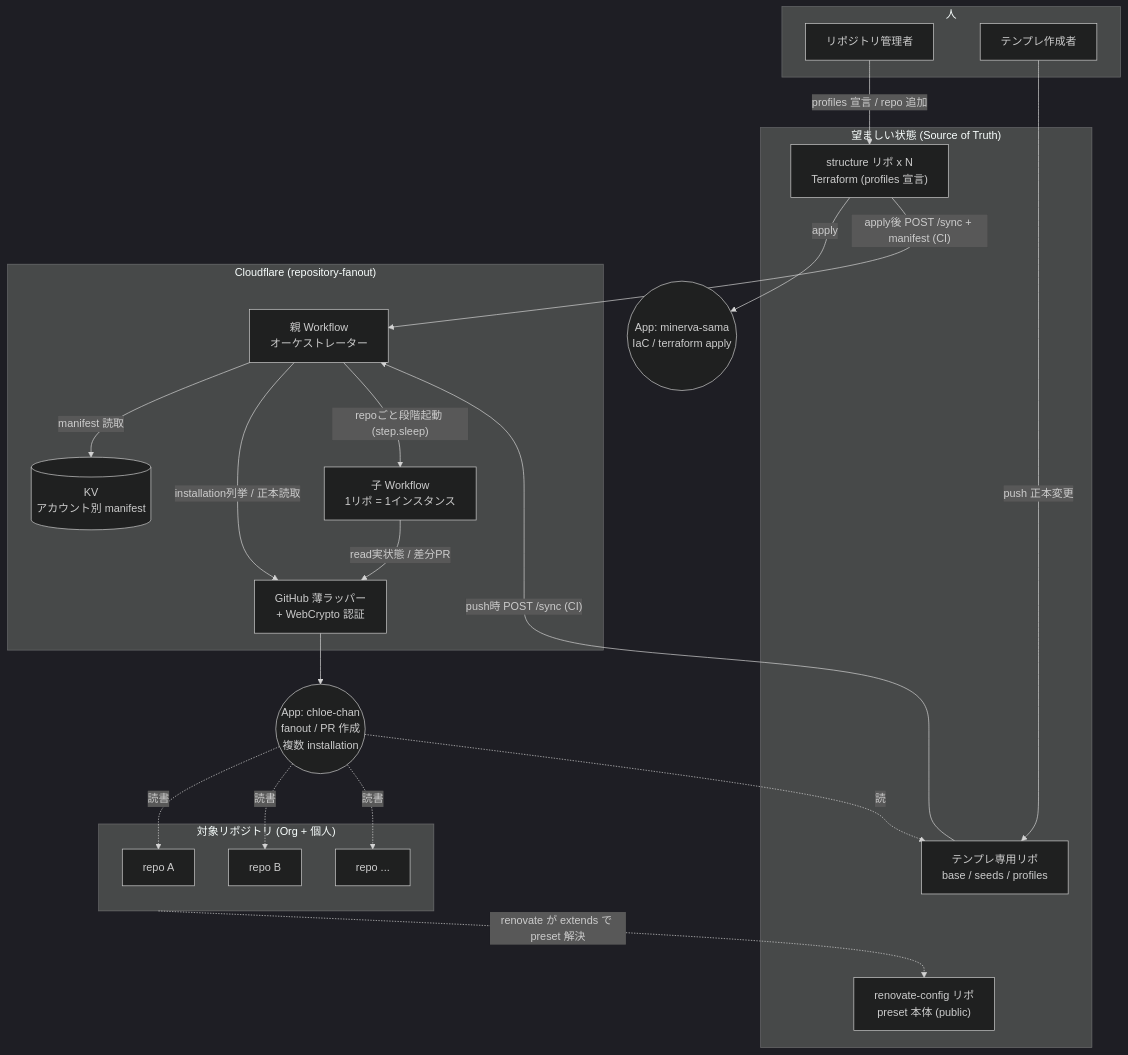
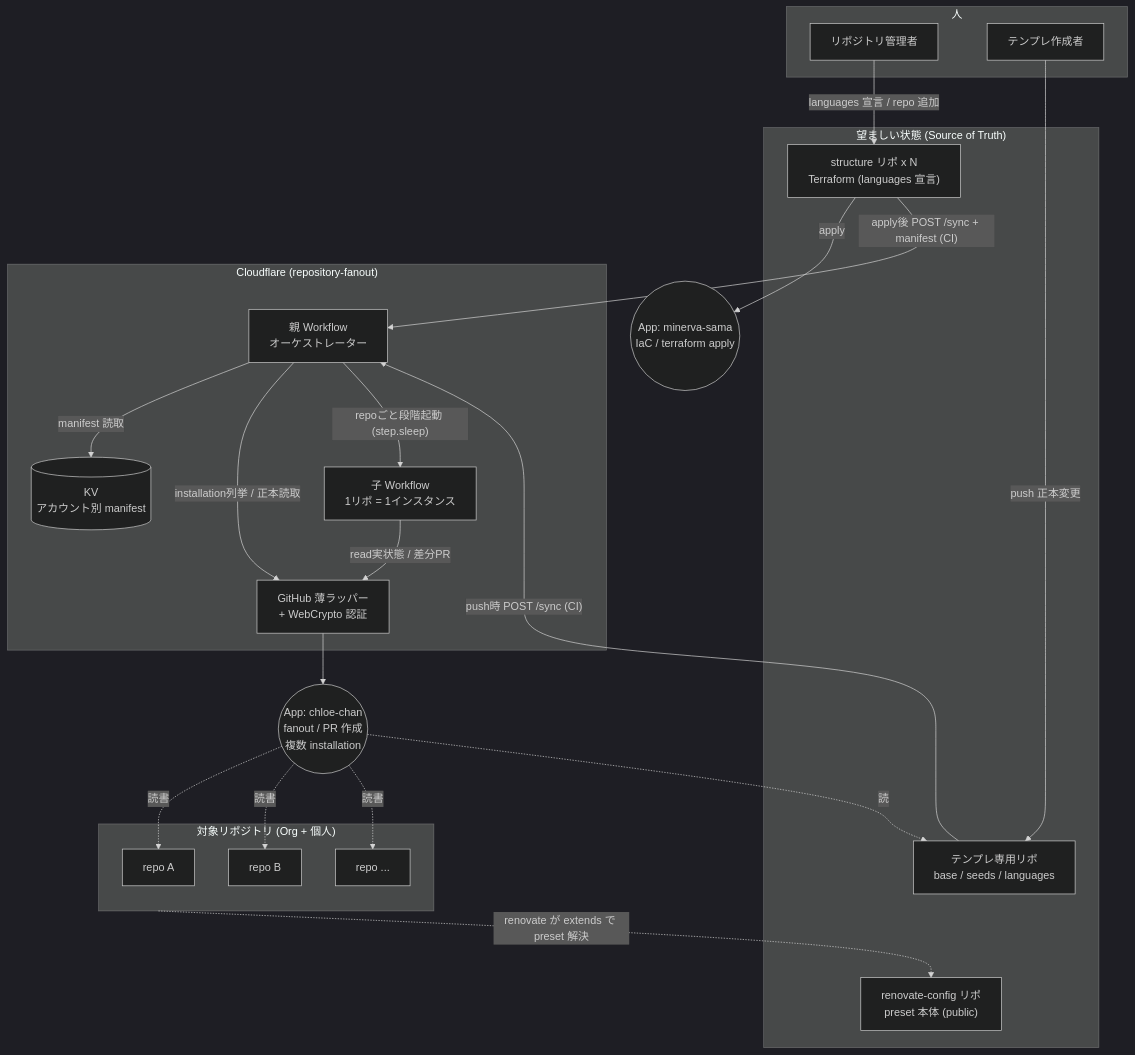
Before and after one commit to bright-room/repository-fanout: the first of 6 diagrams in docs/superpowers/specs/2026-06-26-repository-fanout-design.md, drawn with Mermaid (dark theme). The commit also changed other lines of this file and 16 other files, not shown here.

First line of the commit message:
docs: switch declaration axis from profiles to languages (single axis)

````diff
--- a/docs/superpowers/specs/2026-06-26-repository-fanout-design.md
+++ b/docs/superpowers/specs/2026-06-26-repository-fanout-design.md
@@ -386,45 +389,45 @@
 ```mermaid
 flowchart TB
   subgraph Humans["人"]
     M["リポジトリ管理者"]
     T["テンプレ作成者"]
   end
 
   subgraph SoT["望ましい状態 (Source of Truth)"]
-    TR["テンプレ専用リポ<br/>base / seeds / profiles"]
+    TR["テンプレ専用リポ<br/>base / seeds / languages"]
     RC["renovate-config リポ<br/>preset 本体 (public)"]
-    SR["structure リポ x N<br/>Terraform (profiles 宣言)"]
+    SR["structure リポ x N<br/>Terraform (languages 宣言)"]
   end
 
   subgraph CF["Cloudflare (repository-fanout)"]
     KV[("KV<br/>アカウント別 manifest")]
     P["親 Workflow<br/>オーケストレーター"]
     C["子 Workflow<br/>1リポ = 1インスタンス"]
     GHC["GitHub 薄ラッパー<br/>+ WebCrypto 認証"]
   end
 
   MIN(("App: minerva-sama<br/>IaC / terraform apply"))
   CHL(("App: chloe-chan<br/>fanout / PR 作成<br/>複数 installation"))
 
   subgraph Targets["対象リポジトリ (Org + 個人)"]
     R1["repo A"]
     R2["repo B"]
     R3["repo ..."]
   end
 
   T -->|"push 正本変更"| TR
-  M -->|"profiles 宣言 / repo 追加"| SR
+  M -->|"languages 宣言 / repo 追加"| SR
   SR -->|"apply"| MIN
   TR -->|"push時 POST /sync (CI)"| P
   SR -->|"apply後 POST /sync + manifest (CI)"| P
   P -->|"manifest 読取"| KV
   P -->|"installation列挙 / 正本読取"| GHC
   P -->|"repoごと段階起動 (step.sleep)"| C
   C -->|"read実状態 / 差分PR"| GHC
   GHC --> CHL
   CHL -.読.-> TR
   CHL -.読書.-> R1
   CHL -.読書.-> R2
   CHL -.読書.-> R3
   Targets -."renovate が extends で preset 解決".-> RC
 ```
````
